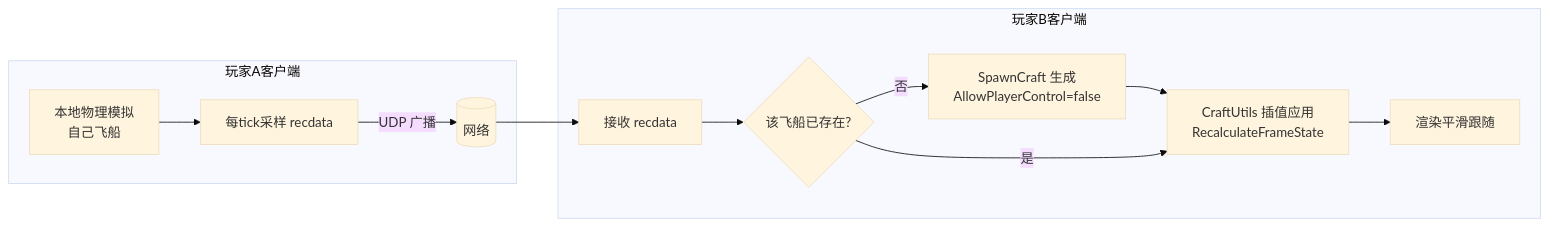
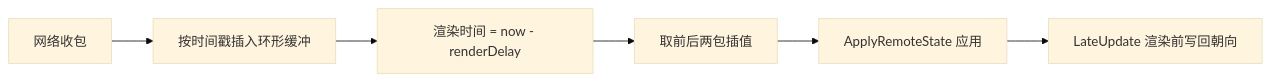
One commit to SatelliteTorifune/JNOmultiplayerTest changed the first of 2 diagrams in plans/replay-to-multiplayer-feasibility.md. Above: the diagram before and after it, drawn with Mermaid (base theme). The commit also changed other lines of this file and 4 other files, not shown here.

````diff
--- a/plans/replay-to-multiplayer-feasibility.md
+++ b/plans/replay-to-multiplayer-feasibility.md
@@ -70,15 +63,8 @@
 ```mermaid
 flowchart LR
-    subgraph 玩家A客户端
-        A1[本地物理模拟<br/>自己飞船] --> A2[每tick采样 recdata]
-        A2 -->|UDP 广播| NET[(网络)]
-    end
-    subgraph 玩家B客户端
-        NET --> B1[接收 recdata]
-        B1 --> B2{该飞船已存在?}
-        B2 -->|否| B3[SpawnCraft 生成<br/>AllowPlayerControl=false]
-        B3 --> B4
-        B2 -->|是| B4[CraftUtils 插值应用<br/>RecalculateFrameState]
-        B4 --> B5[渲染平滑跟随]
-    end
+    NET[网络收包] --> BUF[按时间戳插入环形缓冲]
+    BUF --> RDT[渲染时间 = now - renderDelay]
+    RDT --> LERP[取前后两包插值]
+    LERP --> APPLY[ApplyRemoteState 应用]
+    APPLY --> LATE[LateUpdate 渲染前写回朝向]
 ```
````
